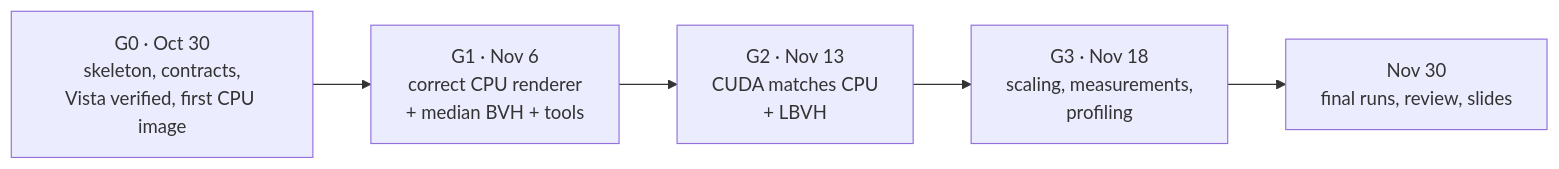
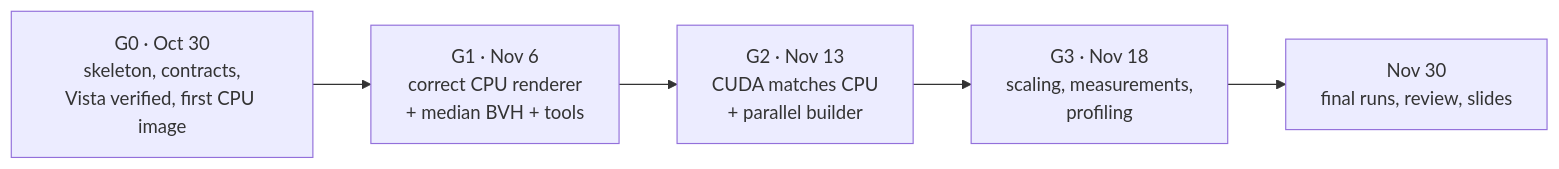
One commit to Mikail-Sadic-UT/Ray-Tracer changed the first of 2 diagrams in docs/ROADMAP.md. Above: the diagram before and after it, drawn with Mermaid. The commit also changed other lines of this file and 11 other files, not shown here.

````diff
--- a/docs/ROADMAP.md
+++ b/docs/ROADMAP.md
@@ -41,7 +54,7 @@
 ```mermaid
 flowchart LR
   G0["G0 · Oct 30<br/>skeleton, contracts,<br/>Vista verified, first CPU image"] --> G1["G1 · Nov 6<br/>correct CPU renderer<br/>+ median BVH + tools"]
-  G1 --> G2["G2 · Nov 13<br/>CUDA matches CPU<br/>+ LBVH"]
+  G1 --> G2["G2 · Nov 13<br/>CUDA matches CPU<br/>+ parallel builder"]
   G2 --> G3["G3 · Nov 18<br/>scaling, measurements,<br/>profiling"]
   G3 --> F["Nov 30<br/>final runs, review, slides"]
 ```
````
